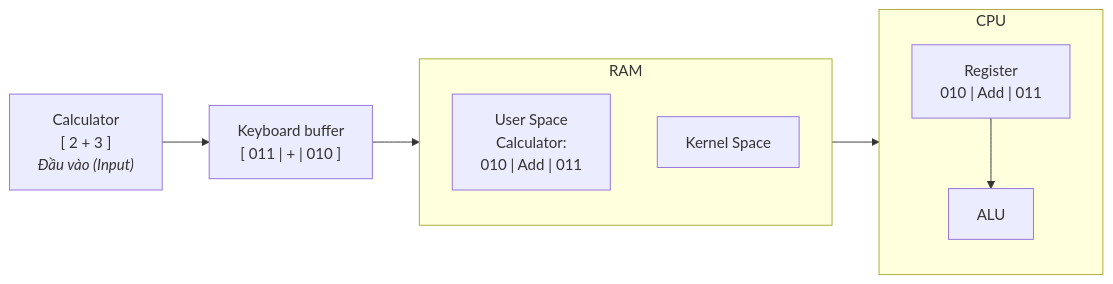
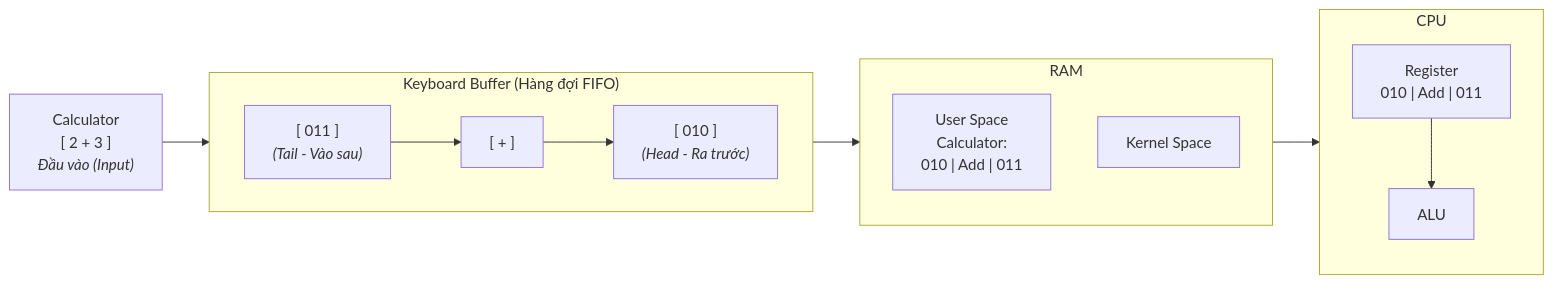
Before and after one commit to Duc-Lee/LLMserving_GPUoptimization: the sixth of 10 diagrams in OperatingSystem/OS_scratch/Concepts_OS/Intro_OS/Lession4.md, drawn with Mermaid. The commit also changed other lines of this file and 1 other file, not shown here.

````diff
--- a/OperatingSystem/OS_scratch/Concepts_OS/Intro_OS/Lession4.md
+++ b/OperatingSystem/OS_scratch/Concepts_OS/Intro_OS/Lession4.md
@@ -121,21 +128,27 @@
 ```mermaid
 flowchart LR
-    IN_CALC["Calculator<br/>[ 2 + 3 ]<br/><i>Đầu vào (Input)</i>"] --> KB_BUF["Keyboard buffer<br/>[ 011 | + | 010 ]"]
+    IN_CALC["Calculator<br/>[ 2 + 3 ]<br/><i>Đầu vào (Input)</i>"]
 
-    KB_BUF --> US
+    subgraph KB_BUF ["Keyboard Buffer (Hàng đợi FIFO)"]
+        direction LR
+        Q_TAIL["[ 011 ]<br/><i>(Tail - Vào sau)</i>"] --> Q_MID["[ + ]"] --> Q_HEAD["[ 010 ]<br/><i>(Head - Ra trước)</i>"]
+    end
+
+    IN_CALC --> Q_TAIL
+    Q_HEAD --> US
 
     subgraph RAM ["RAM"]
         direction TB
         KS["Kernel Space"]
         US["User Space<br/>Calculator:<br/>010 | Add | 011"]
     end
 
     US --> REG
 
     subgraph CPU ["CPU"]
         direction TB
         REG["Register<br/>010 | Add | 011"]
         ALU["ALU"]
         REG --> ALU
     end
 ```
````
